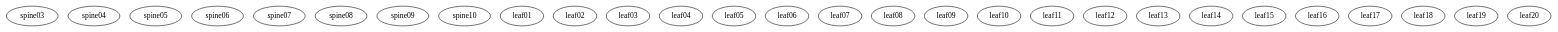
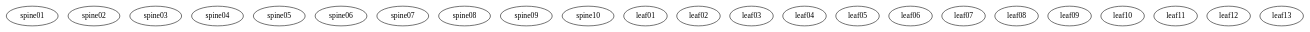
Before and after one commit to amlabdr/proxy_service: the diagram in config/topology.dot, drawn with Graphviz.

Commit message:
add topology file for emulation mode

```diff
--- a/config/topology.dot
+++ b/config/topology.dot
@@ -1,31 +1,27 @@
 graph multiverse_network {
+   
+   "spine01" [function="spine"  os="sonic" mgmt_ip="192.168.200.21" ports="32"]
+   "spine02" [function="spine"  os="sonic" mgmt_ip="192.168.200.22" ports="32"]
    "spine03" [function="spine"  os="sonic" mgmt_ip="192.168.200.23" ports="32"]
    "spine04" [function="spine"  os="sonic" mgmt_ip="192.168.200.24" ports="32"]
    "spine05" [function="spine"  os="sonic" mgmt_ip="192.168.200.25" ports="32"]
    "spine06" [function="spine"  os="sonic" mgmt_ip="192.168.200.26" ports="32"]
    "spine07" [function="spine"  os="sonic" mgmt_ip="192.168.200.27" ports="32"]
    "spine08" [function="spine"  os="sonic" mgmt_ip="192.168.200.28" ports="32"]
    "spine09" [function="spine"  os="sonic" mgmt_ip="192.168.200.29" ports="32"]
    "spine10" [function="spine"  os="sonic" mgmt_ip="192.168.200.30" ports="32"]
    
    "leaf01" [function="leaf"  os="sonic" mgmt_ip="192.168.200.41" ports="54"]
    "leaf02" [function="leaf"  os="sonic" mgmt_ip="192.168.200.42" ports="54"]
    "leaf03" [function="leaf"  os="sonic" mgmt_ip="192.168.200.43" ports="54"]
    "leaf04" [function="leaf"  os="sonic" mgmt_ip="192.168.200.44" ports="54"]
    "leaf05" [function="leaf"  os="sonic" mgmt_ip="192.168.200.45" ports="54"]
    "leaf06" [function="leaf"  os="sonic" mgmt_ip="192.168.200.46" ports="54"]
    "leaf07" [function="leaf"  os="sonic" mgmt_ip="192.168.200.47" ports="54"]
    "leaf08" [function="leaf"  os="sonic" mgmt_ip="192.168.200.48" ports="54"]
    "leaf09" [function="leaf"  os="sonic" mgmt_ip="192.168.200.49" ports="54"]
    "leaf10" [function="leaf"  os="sonic" mgmt_ip="192.168.200.50" ports="54"]
    "leaf11" [function="leaf"  os="sonic" mgmt_ip="192.168.200.51" ports="54"]
    "leaf12" [function="leaf"  os="sonic" mgmt_ip="192.168.200.52" ports="54"]
    "leaf13" [function="leaf"  os="sonic" mgmt_ip="192.168.200.53" ports="54"]
-   "leaf14" [function="leaf"  os="sonic" mgmt_ip="192.168.200.54" ports="54"]
-   "leaf15" [function="leaf"  os="sonic" mgmt_ip="192.168.200.55" ports="54"]
-   "leaf16" [function="leaf"  os="sonic" mgmt_ip="192.168.200.56" ports="54"]
-   "leaf17" [function="leaf"  os="sonic" mgmt_ip="192.168.200.57" ports="54"]
-   "leaf18" [function="leaf"  os="sonic" mgmt_ip="192.168.200.58" ports="54"]
-   "leaf19" [function="leaf"  os="sonic" mgmt_ip="192.168.200.59" ports="54"]
-   "leaf20" [function="leaf"  os="sonic" mgmt_ip="192.168.200.60" ports="54"]
 }
```
